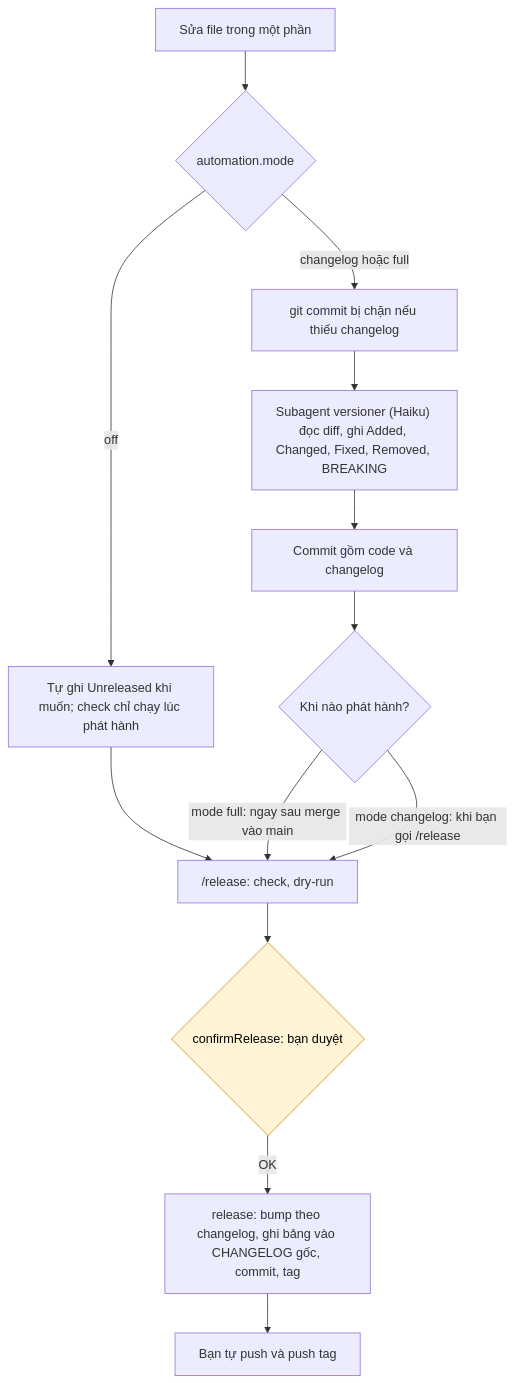
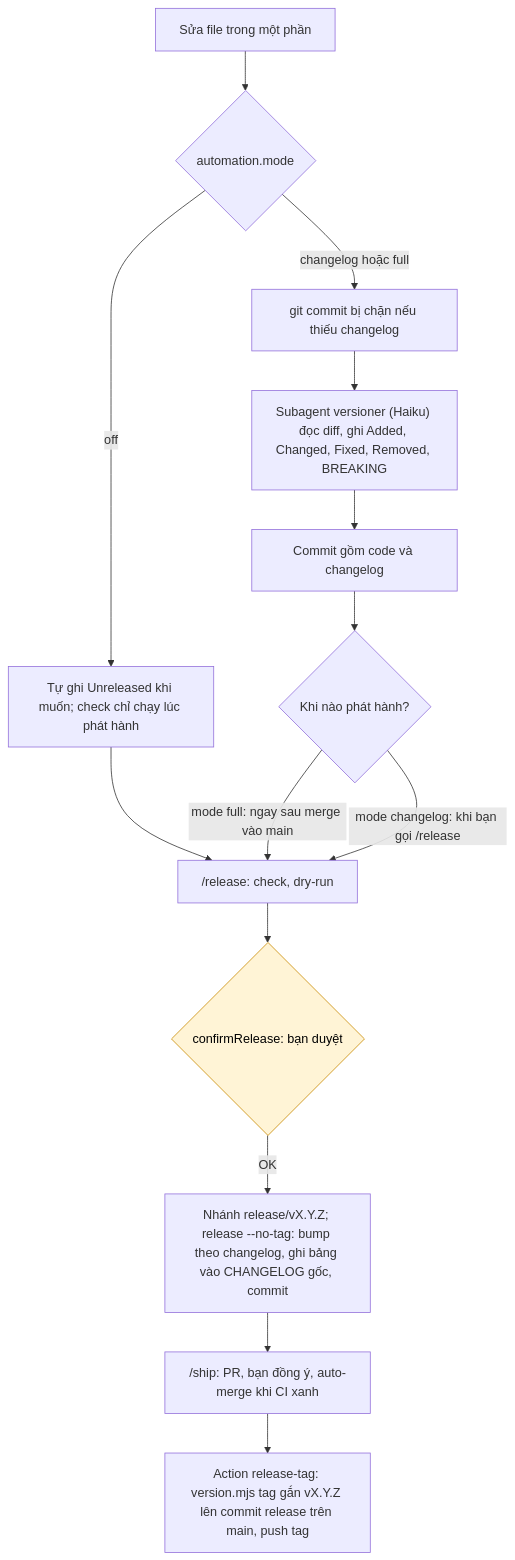
Before and after one commit to trantrong810-bz/claude-starter: the diagram in docs/workflows/phat-hanh.md, drawn with Mermaid. The commit also changed other lines of this file and 20 other files, not shown here.

````diff
--- a/docs/workflows/phat-hanh.md
+++ b/docs/workflows/phat-hanh.md
@@ -17,18 +17,19 @@
 ```mermaid
 flowchart TD
     CHANGE["Sửa file trong một phần"] --> MODE{"automation.mode"}
     MODE -->|"off"| MANUAL["Tự ghi Unreleased khi muốn; check chỉ chạy lúc phát hành"]
     MODE -->|"changelog hoặc full"| GUARD["git commit bị chặn nếu thiếu changelog"]
     GUARD --> VERS["Subagent versioner (Haiku) đọc diff, ghi Added, Changed, Fixed, Removed, BREAKING"]
     VERS --> COMMIT["Commit gồm code và changelog"]
     MANUAL --> REL
     COMMIT --> TRIG{"Khi nào phát hành?"}
     TRIG -->|"mode full: ngay sau merge vào main"| REL["/release: check, dry-run"]
     TRIG -->|"mode changelog: khi bạn gọi /release"| REL
     REL --> ASK{"confirmRelease: bạn duyệt"}
-    ASK -->|"OK"| DO["release: bump theo changelog, ghi bảng vào CHANGELOG gốc, commit, tag"]
-    DO --> PUSH["Bạn tự push và push tag"]
+    ASK -->|"OK"| DO["Nhánh release/vX.Y.Z; release --no-tag: bump theo changelog, ghi bảng vào CHANGELOG gốc, commit"]
+    DO --> PUSH["/ship: PR, bạn đồng ý, auto-merge khi CI xanh"]
+    PUSH --> TAG["Action release-tag: version.mjs tag gắn vX.Y.Z lên commit release trên main, push tag"]
 
     classDef human fill:#fff4d6,stroke:#c98a00,color:#000
     class ASK human
 ```
````
